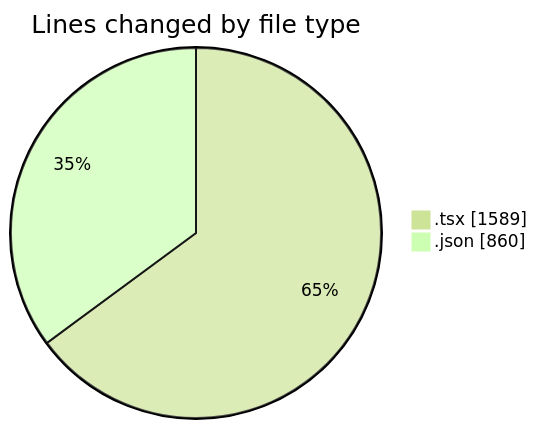
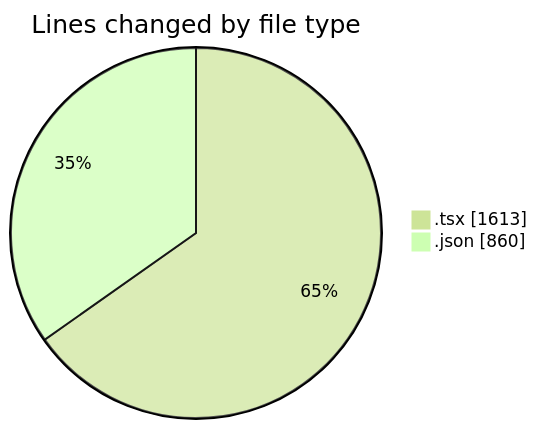
One commit to EIIisD/code-tracking changed the first of 2 diagrams in 2025-08-13/ribbon/README.md. Above: the diagram before and after it, drawn with Mermaid (forest theme). The commit also changed other lines of this file and 1 other file, not shown here.

````diff
--- a/2025-08-13/ribbon/README.md
+++ b/2025-08-13/ribbon/README.md
@@ -28,6 +28,6 @@
 ```mermaid
 pie showData
 title Lines changed by file type
-".tsx" : 1589
+".tsx" : 1613
 ".json" : 860
 ```
````
